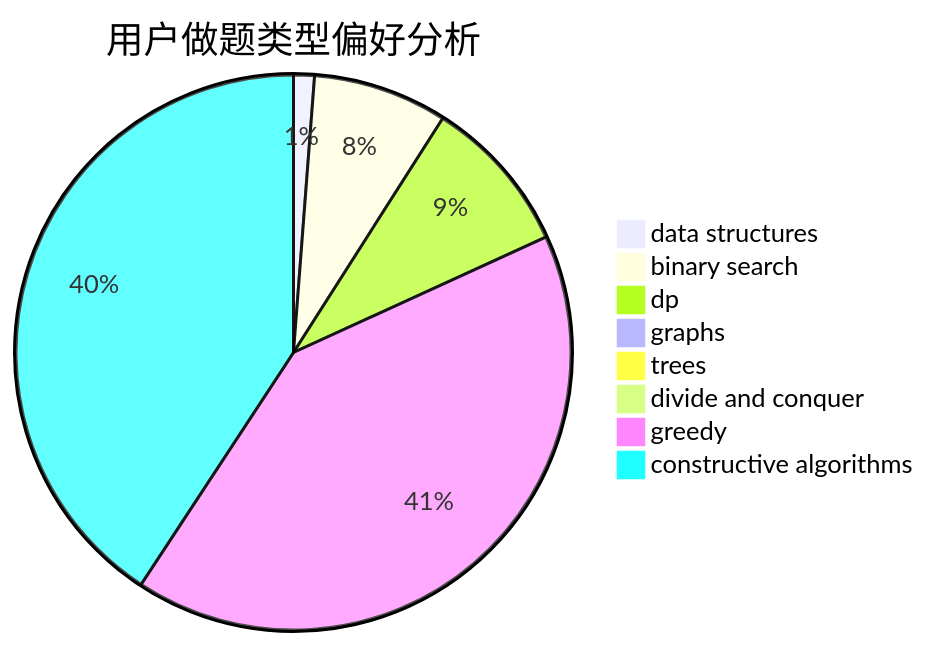
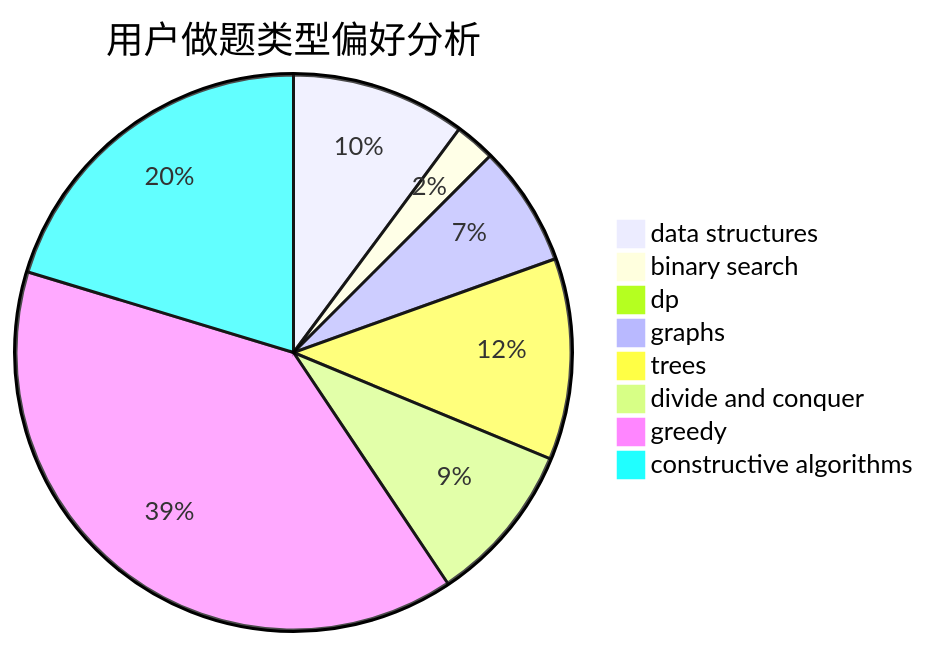
One commit to sherpahu/cfrs.github.io changed the second of 3 diagrams in docs/user/u1564.md. Above: the diagram before and after it, drawn with Mermaid. The commit also changed other lines of this file and 2770 other files, not shown here.

````diff
--- a/docs/user/u1564.md
+++ b/docs/user/u1564.md
@@ -23,11 +23,11 @@
 ```mermaid
 pie title 用户做题类型偏好分析
-    "data structures" :  11
-    "binary search" :  71
-    "dp" :  83
-    "graphs" :  5
-    "trees" :  0
-    "divide and conquer" :  3
-    "greedy" :  373
-    "constructive algorithms" :  370
+    "data structures" :  13
+    "binary search" :  3
+    "dp" :  1
+    "graphs" :  9
+    "trees" :  15
+    "divide and conquer" :  12
+    "greedy" :  50
+    "constructive algorithms" :  26
 ```
````
